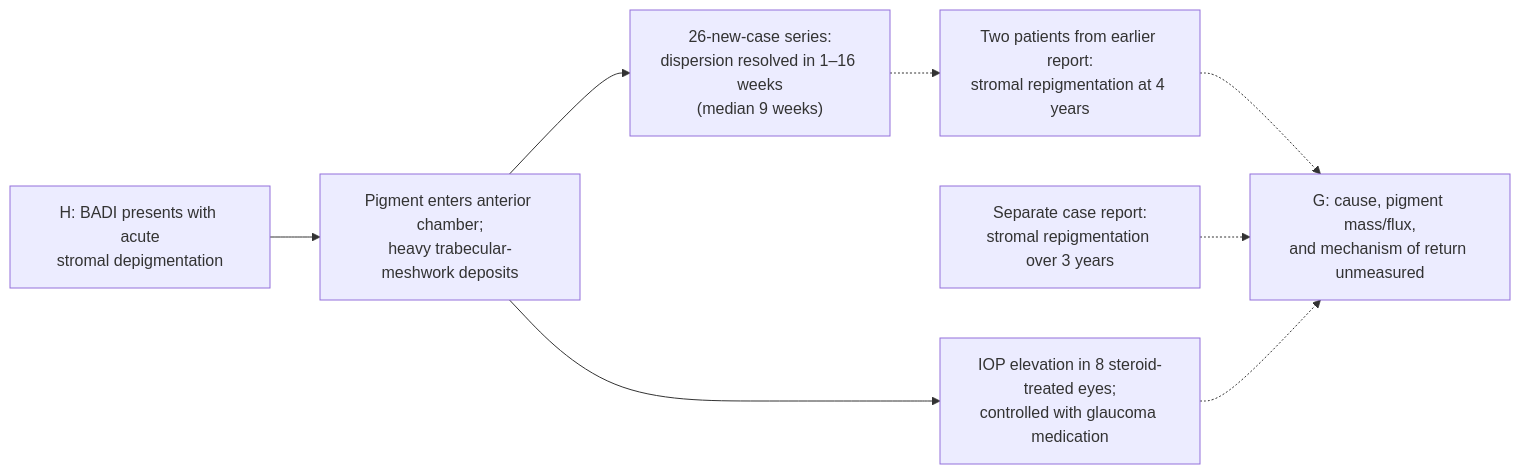
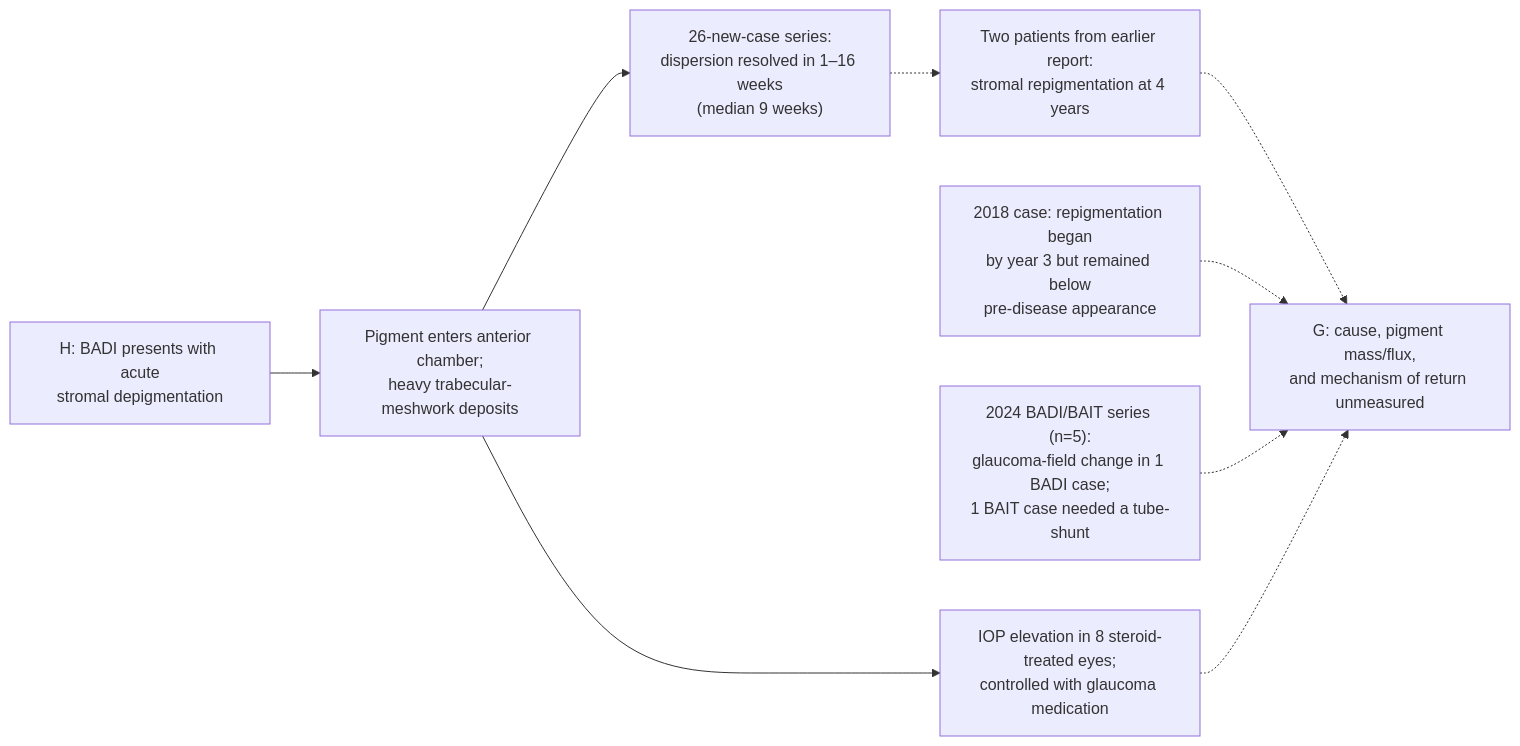
Diagram 29 of 52 in research/tissue-pigment-atlas.md (dylanstechmann/iris-color-without-contacts), drawn with Mermaid before and after one commit. The commit also changed other lines of this file, not shown here.

Commit message:
Qualify iris repigmentation and pigment-dispersion risks

````diff
--- a/research/tissue-pigment-atlas.md
+++ b/research/tissue-pigment-atlas.md
@@ -810,10 +810,11 @@
 ```mermaid
 flowchart LR
     A["H: BADI presents with acute<br/>stromal depigmentation"] --> B["Pigment enters anterior chamber;<br/>heavy trabecular-meshwork deposits"]
     B --> C["26-new-case series:<br/>dispersion resolved in 1–16 weeks<br/>(median 9 weeks)"]
     B --> D["IOP elevation in 8 steroid-treated eyes;<br/>controlled with glaucoma medication"]
     C -.-> E["Two patients from earlier report:<br/>stromal repigmentation at 4 years"]
     E -.-> G["G: cause, pigment mass/flux,<br/>and mechanism of return unmeasured"]
-    F["Separate case report:<br/>stromal repigmentation over 3 years"] -.-> G
+    F["2018 case: repigmentation began<br/>by year 3 but remained below<br/>pre-disease appearance"] -.-> G
+    H["2024 BADI/BAIT series (n=5):<br/>glaucoma-field change in 1 BADI case;<br/>1 BAIT case needed a tube-shunt"] -.-> G
     D -.-> G
 ```
````
